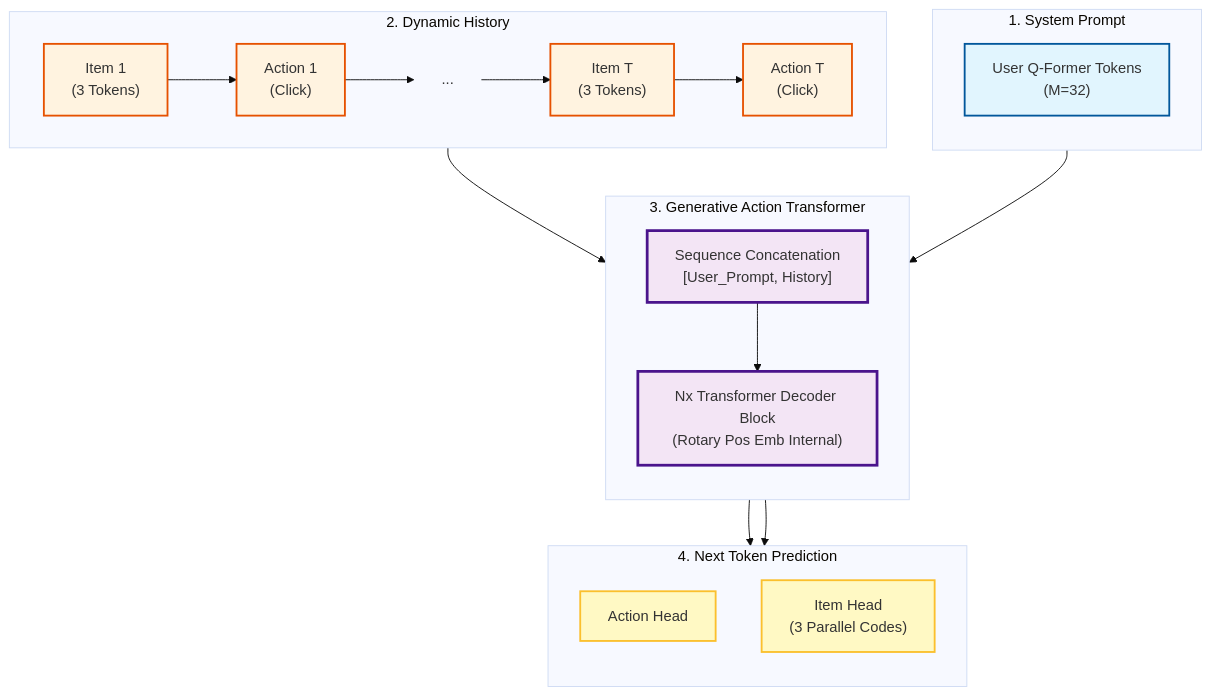
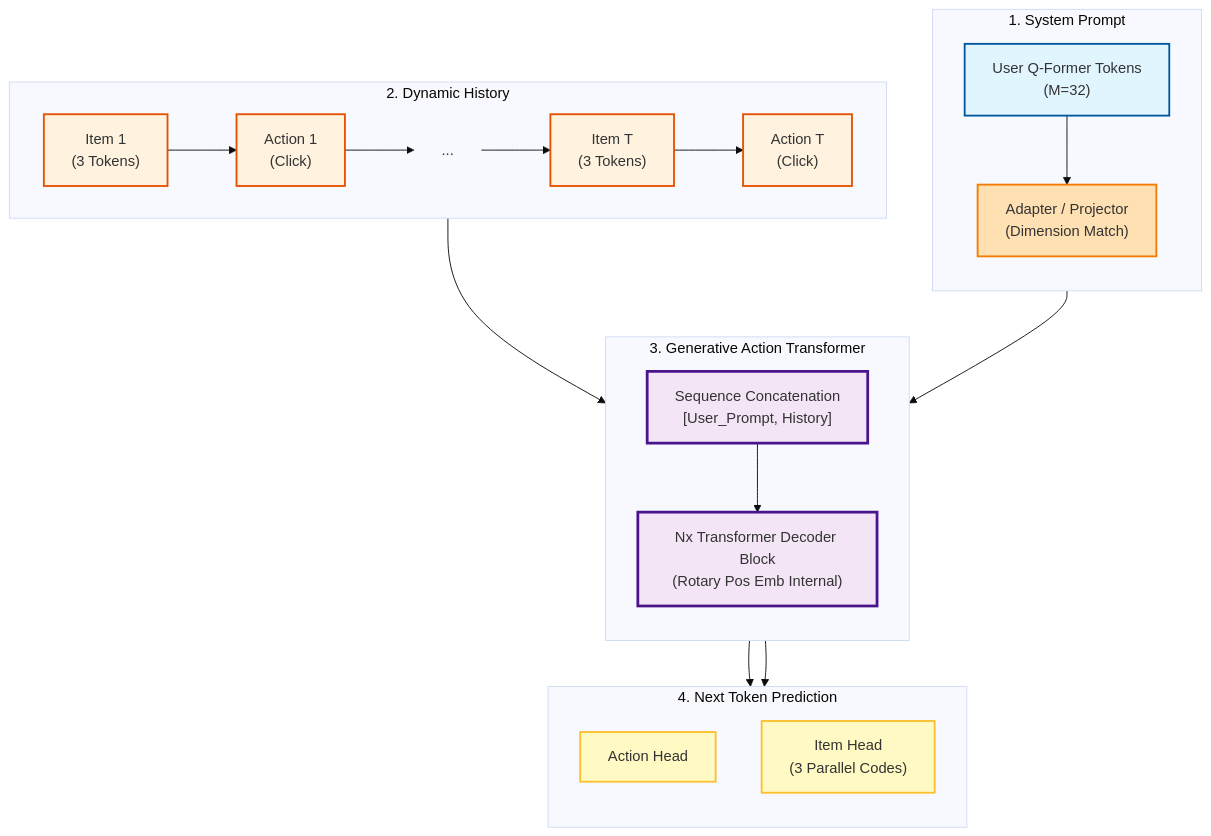
The sixth of 6 diagrams in doc.markdown (Jack31098/user_modeling_design), drawn with Mermaid (base theme) before and after one commit.

Commit message:
reformat

````diff
--- a/doc.markdown
+++ b/doc.markdown
@@ -749,50 +749,53 @@
 ```mermaid
 graph TB
     %% ============ Styles ============
     classDef context_block fill:#e1f5fe,stroke:#01579b,stroke-width:2px;
     classDef projector_block fill:#ffe0b2,stroke:#f57c00,stroke-width:2px;
     classDef seq_block fill:#fff3e0,stroke:#e65100,stroke-width:2px;
     classDef transformer_block fill:#f3e5f5,stroke:#4a148c,stroke-width:3px;
     classDef output_head fill:#fff9c4,stroke:#fbc02d,stroke-width:2px;
     classDef ghost fill:none,stroke:none;
 
     %% ============ 1. THE CONTEXT ============
     subgraph Context ["1. System Prompt"]
         direction TB
         UserQ["User Q-Former Tokens<br/>(M=32)"]:::context_block
+        Projector["Adapter / Projector<br/>(Dimension Match)"]:::projector_block
+        
+        UserQ --> Projector
     end
 
     %% ============ 2. THE INPUT SEQUENCE ============
     subgraph Input_Stream ["2. Dynamic History"]
         direction LR
         I1["Item 1<br/>(3 Tokens)"]:::seq_block
         A1["Action 1<br/>(Click)"]:::seq_block
         Dots["..."]:::ghost
         IT["Item T<br/>(3 Tokens)"]:::seq_block
         AT["Action T<br/>(Click)"]:::seq_block
         
         I1 --> A1 --> Dots --> IT --> AT
     end
 
     %% ============ 3. THE BRAIN ============
     subgraph Transformer ["3. Generative Action Transformer"]
         direction TB
         Concat_Layer["Sequence Concatenation<br/>[User_Prompt, History]"]:::transformer_block
         Decoder_Layers["Nx Transformer Decoder Block<br/>(Rotary Pos Emb Internal)"]:::transformer_block
     end
 
     %% ============ 4. OUTPUT ============
     subgraph Predictions ["4. Next Token Prediction"]
         direction TB
         Head_Action["Action Head"]:::output_head
         Head_Item["Item Head<br/>(3 Parallel Codes)"]:::output_head
     end
 
     %% ============ Connections ============
-    UserQ --> Concat_Layer
+    Projector --> Concat_Layer
     AT --> Concat_Layer
     
     Concat_Layer --> Decoder_Layers
     Decoder_Layers --> Head_Action
     Decoder_Layers --> Head_Item
 ```
````
